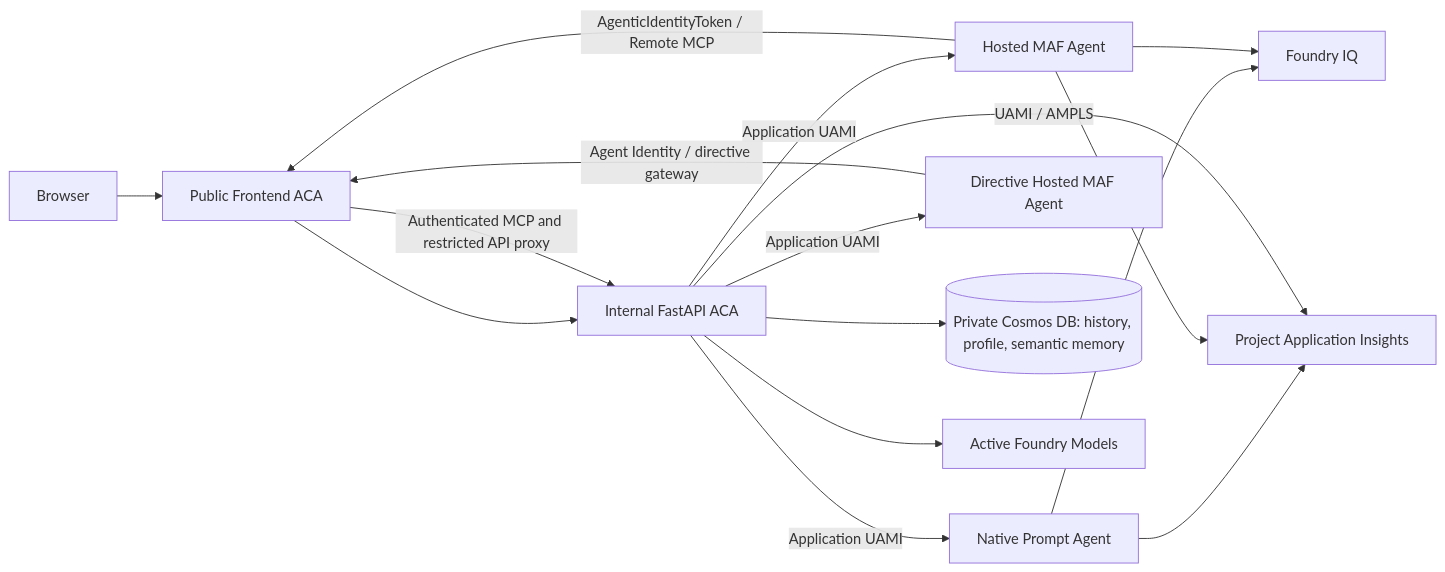
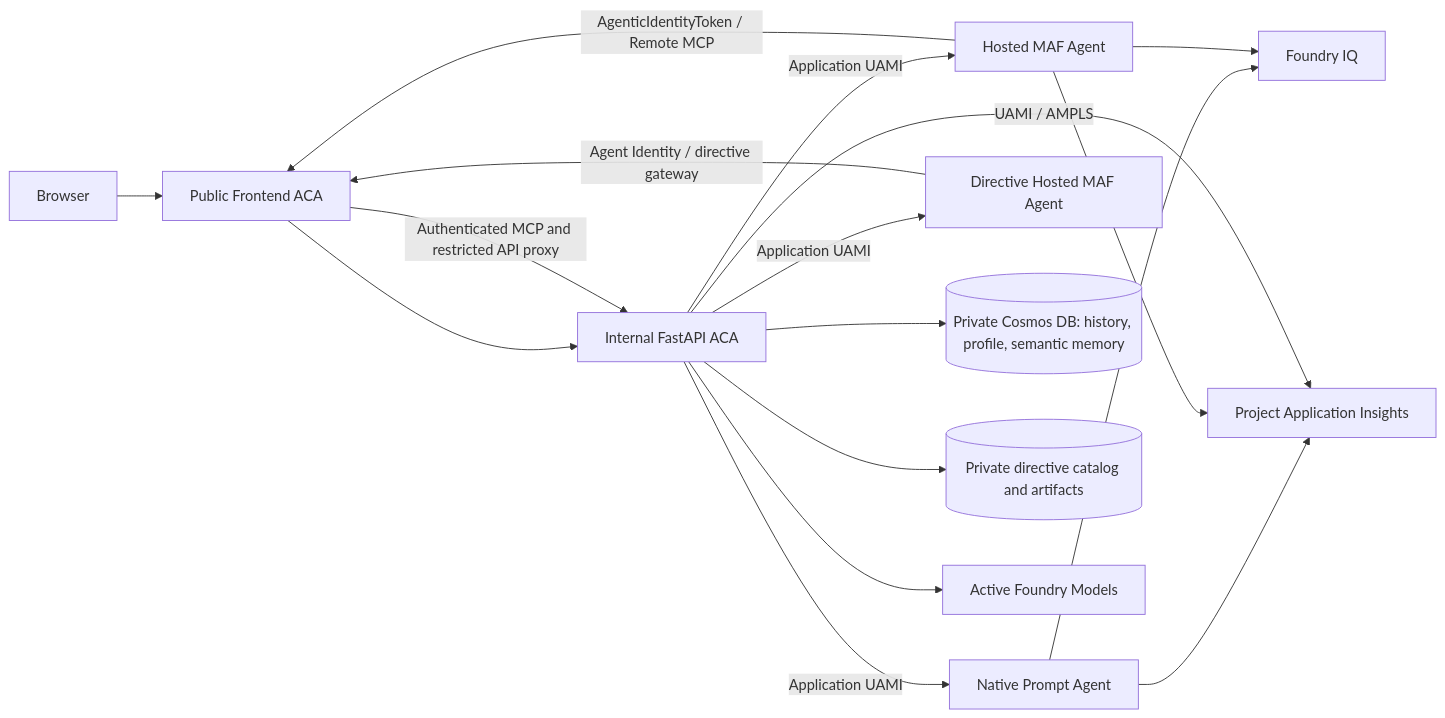
The diagram in README.md (michalmar/agent-memory-rag), drawn with Mermaid before and after one commit. The commit also changed other lines of this file and 21 other files, not shown here.

````diff
--- a/README.md
+++ b/README.md
@@ -26,18 +26,19 @@
 ```mermaid
 flowchart LR
     U[Browser] --> F[Public Frontend ACA]
     F --> B[Internal FastAPI ACA]
     B -->|Application UAMI| P[Native Prompt Agent]
     B -->|Application UAMI| H[Hosted MAF Agent]
     B -->|Application UAMI| D[Directive Hosted MAF Agent]
     P --> IQ[Foundry IQ]
     H --> IQ
     H -->|AgenticIdentityToken / Remote MCP| F
     D -->|Agent Identity / directive gateway| F
     F -->|Authenticated MCP and restricted API proxy| B
     B --> C[(Private Cosmos DB: history, profile, semantic memory)]
+    B --> R[(Private directive catalog and artifacts)]
     B --> M[Active Foundry Models]
     P --> O[Project Application Insights]
     H --> O
     B -->|UAMI / AMPLS| O
 ```
````
